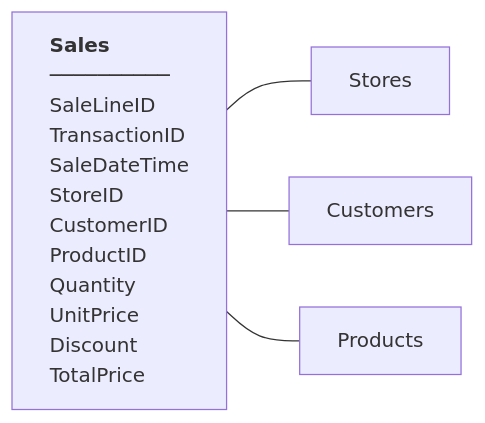
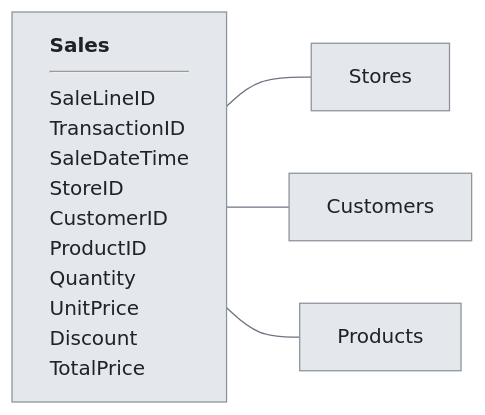
One commit to sirpadk/bi-joe-data-profiler changed the diagram in examples/shoe_company/data-stories/sales.md. Above: the diagram before and after it, drawn with Mermaid. The commit also changed other lines of this file and 112 other files, not shown here.

````diff
--- a/examples/shoe_company/data-stories/sales.md
+++ b/examples/shoe_company/data-stories/sales.md
@@ -57,10 +59,11 @@
 ```mermaid
+%%{init: {"theme": "base", "themeVariables": {"primaryColor": "#e4e7eb", "primaryTextColor": "#1f2328", "primaryBorderColor": "#8b929a", "lineColor": "#6b7280", "secondaryColor": "#ffffff", "tertiaryColor": "#f4f5f7", "background": "#f4f5f7", "mainBkg": "#e4e7eb", "nodeBorder": "#8b929a"}}}%%
 flowchart LR
-    t_Sales["<div style='text-align:left'><b>Sales</b><br/>──────────<br/>SaleLineID<br/>TransactionID<br/>SaleDateTime<br/>StoreID<br/>CustomerID<br/>ProductID<br/>Quantity<br/>UnitPrice<br/>Discount<br/>TotalPrice</div>"]
+    t_Sales["<div style='text-align:left'><b>Sales</b><hr/>SaleLineID<br/>TransactionID<br/>SaleDateTime<br/>StoreID<br/>CustomerID<br/>ProductID<br/>Quantity<br/>UnitPrice<br/>Discount<br/>TotalPrice</div>"]
     t_Stores["Stores"]
     t_Sales --- t_Stores
     t_Customers["Customers"]
     t_Sales --- t_Customers
     t_Products["Products"]
     t_Sales --- t_Products
 ```
````
